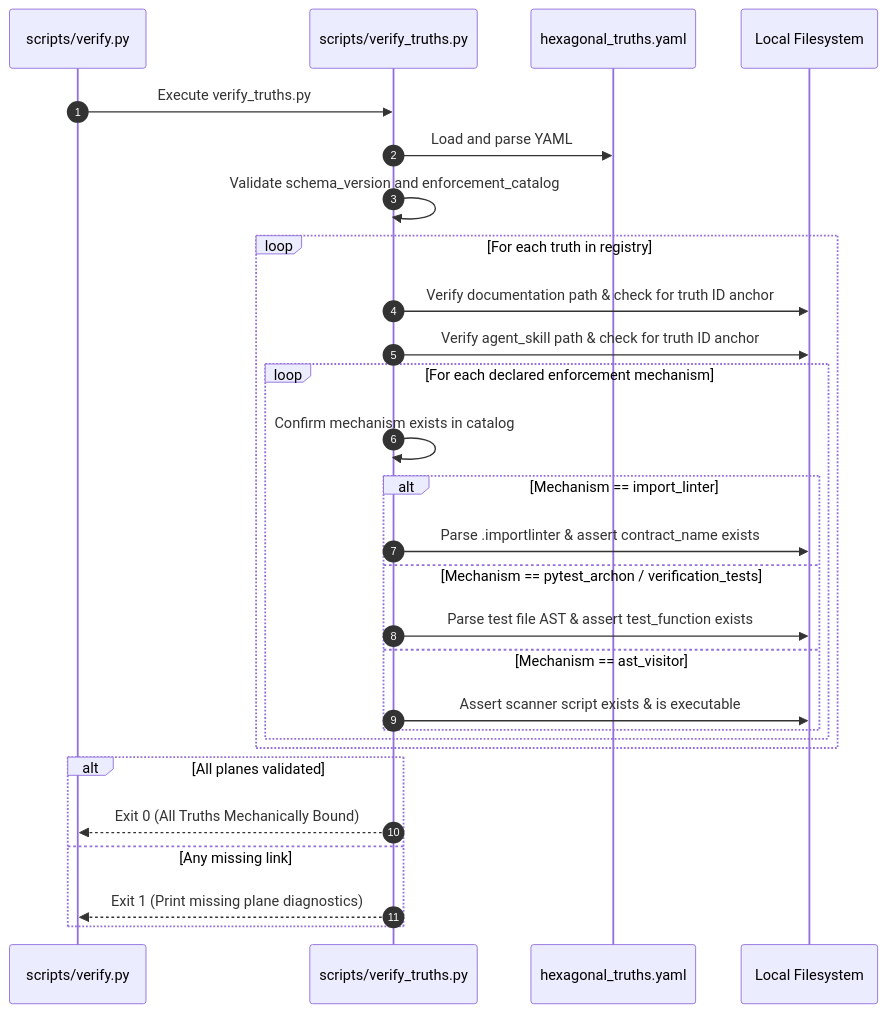
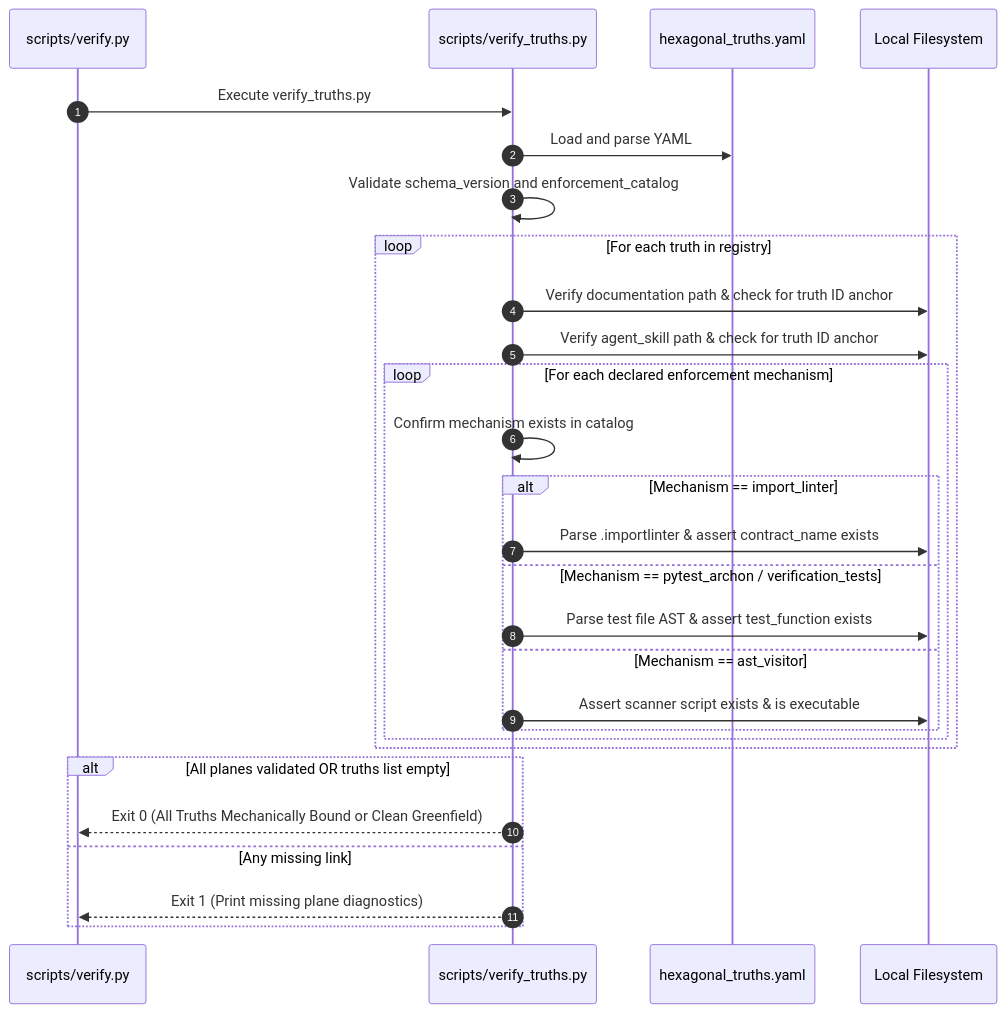
Before and after one commit to mnaatjes/python-hexagonal-template: the second of 2 diagrams in architecture/designs/0002_hexagonal_truths_registry_and_deterministic_validator.md, drawn with Mermaid. The commit also changed other lines of this file and 1 other file, not shown here.

Commit message:
docs(architecture): update ADR 0002 and SDD-0002 with CI wiring and main-only bump-my-version proviso

````diff
--- a/architecture/designs/0002_hexagonal_truths_registry_and_deterministic_validator.md
+++ b/architecture/designs/0002_hexagonal_truths_registry_and_deterministic_validator.md
@@ -114,33 +114,33 @@
 ```mermaid
 sequenceDiagram
     autonumber
     participant Runner as scripts/verify.py
     participant Validator as scripts/verify_truths.py
     participant Registry as hexagonal_truths.yaml
     participant FS as Local Filesystem
 
     Runner->>Validator: Execute verify_truths.py
     Validator->>Registry: Load and parse YAML
     Validator->>Validator: Validate schema_version and enforcement_catalog
 
     loop For each truth in registry
         Validator->>FS: Verify documentation path & check for truth ID anchor
         Validator->>FS: Verify agent_skill path & check for truth ID anchor
         loop For each declared enforcement mechanism
             Validator->>Validator: Confirm mechanism exists in catalog
             alt Mechanism == import_linter
                 Validator->>FS: Parse .importlinter & assert contract_name exists
             else Mechanism == pytest_archon / verification_tests
                 Validator->>FS: Parse test file AST & assert test_function exists
             else Mechanism == ast_visitor
                 Validator->>FS: Assert scanner script exists & is executable
             end
         end
     end
 
-    alt All planes validated
-        Validator-->>Runner: Exit 0 (All Truths Mechanically Bound)
+    alt All planes validated OR truths list empty
+        Validator-->>Runner: Exit 0 (All Truths Mechanically Bound or Clean Greenfield)
     else Any missing link
         Validator-->>Runner: Exit 1 (Print missing plane diagnostics)
     end
 ```
````
